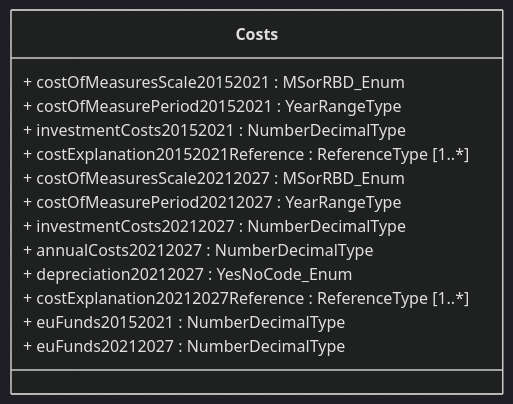
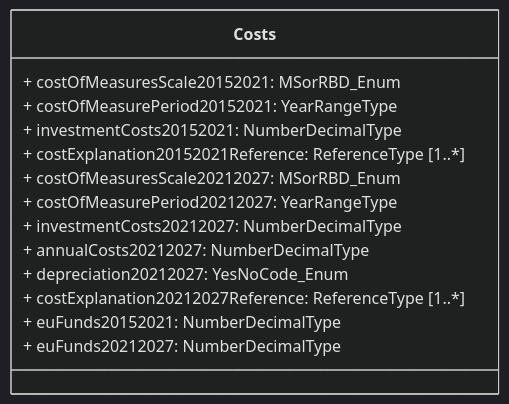
The diagram in docs/DataModelReview/mmd/MeasuresCosts.mmd (eeadata/WISE.WFD.Documentation), drawn with Mermaid (dark theme) before and after one commit. The commit also changed 49 other files, not shown here.

```diff
--- a/docs/DataModelReview/mmd/MeasuresCosts.mmd
+++ b/docs/DataModelReview/mmd/MeasuresCosts.mmd
@@ -1,18 +1,18 @@
 classDiagram
 
 class Costs {
- + costOfMeasuresScale20152021 : MSorRBD_Enum
- + costOfMeasurePeriod20152021 : YearRangeType
- + investmentCosts20152021 : NumberDecimalType
- + costExplanation20152021Reference : ReferenceType [1..*]
+ + costOfMeasuresScale20152021: MSorRBD_Enum
+ + costOfMeasurePeriod20152021: YearRangeType
+ + investmentCosts20152021: NumberDecimalType
+ + costExplanation20152021Reference: ReferenceType [1..*]
 
- + costOfMeasuresScale20212027 : MSorRBD_Enum
- + costOfMeasurePeriod20212027 : YearRangeType
- + investmentCosts20212027 : NumberDecimalType
- + annualCosts20212027 : NumberDecimalType
- + depreciation20212027 : YesNoCode_Enum
- + costExplanation20212027Reference : ReferenceType [1..*]
+ + costOfMeasuresScale20212027: MSorRBD_Enum
+ + costOfMeasurePeriod20212027: YearRangeType
+ + investmentCosts20212027: NumberDecimalType
+ + annualCosts20212027: NumberDecimalType
+ + depreciation20212027: YesNoCode_Enum
+ + costExplanation20212027Reference: ReferenceType [1..*]
 
- + euFunds20152021 : NumberDecimalType
- + euFunds20212027 : NumberDecimalType
+ + euFunds20152021: NumberDecimalType
+ + euFunds20212027: NumberDecimalType
 }
```
